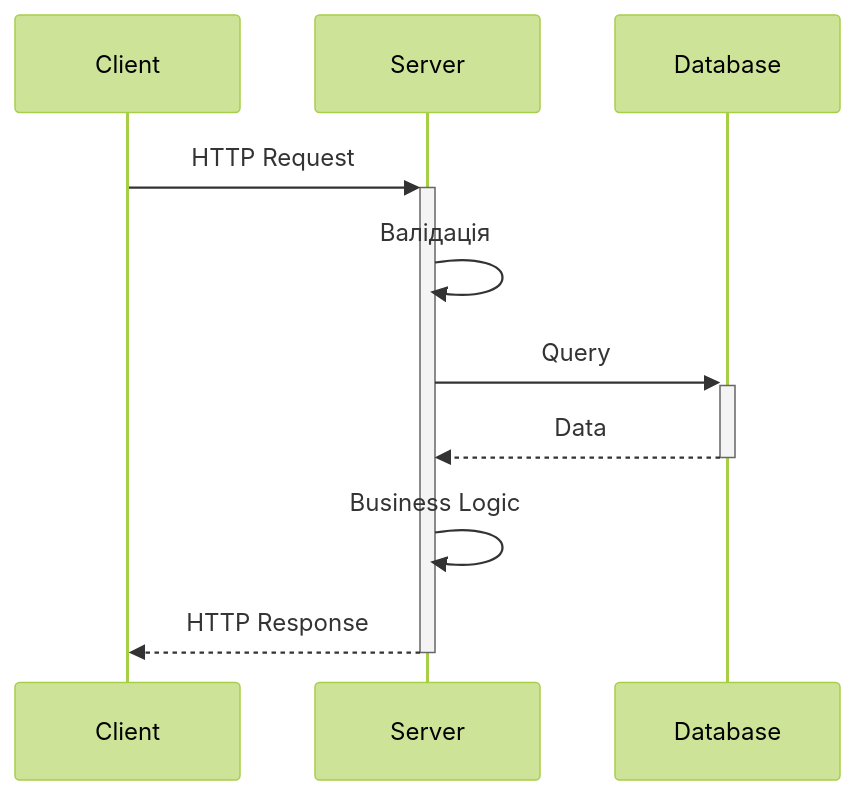
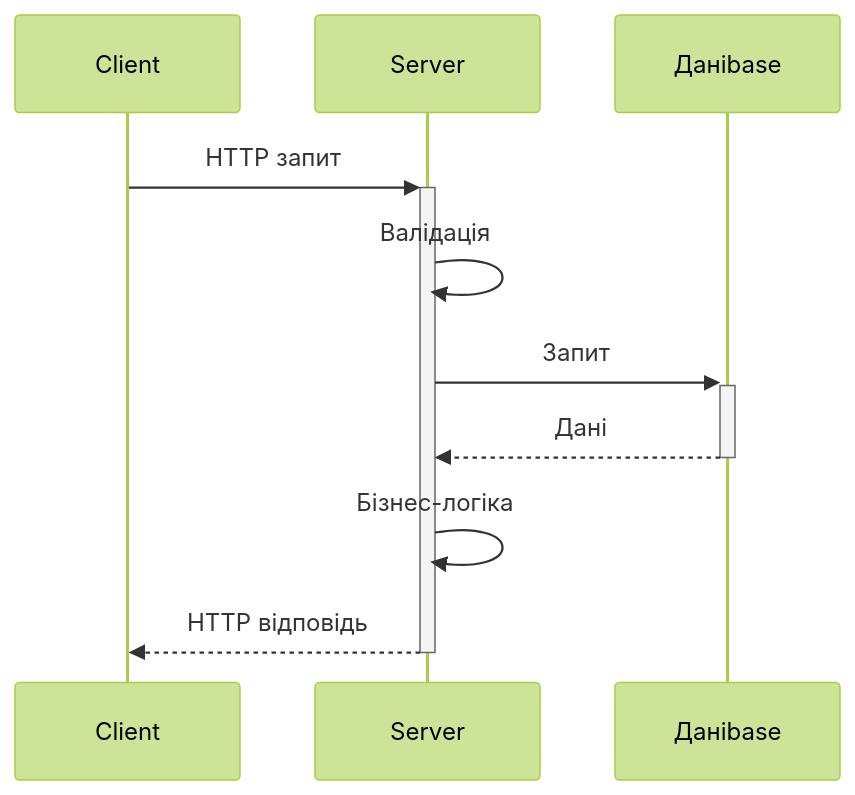
The second of 5 diagrams in presentation-01.md (olroi421/course-tprmr), drawn with Mermaid (forest theme) before and after one commit. The commit also changed other lines of this file and 2 other files, not shown here.

````diff
--- a/presentation-01.md
+++ b/presentation-01.md
@@ -54,13 +54,13 @@
 ```mermaid
 sequenceDiagram
     participant C as Client
     participant S as Server
-    participant DB as Database
+    participant DB as Даніbase
     
-    C->>+S: HTTP Request
+    C->>+S: HTTP запит
     S->>S: Валідація
-    S->>+DB: Query
-    DB-->>-S: Data
-    S->>S: Business Logic
-    S-->>-C: HTTP Response
+    S->>+DB: Запит
+    DB-->>-S: Дані
+    S->>S: Бізнес-логіка
+    S-->>-C: HTTP відповідь
 ```
````
